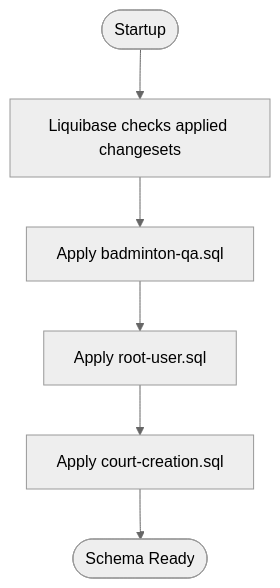
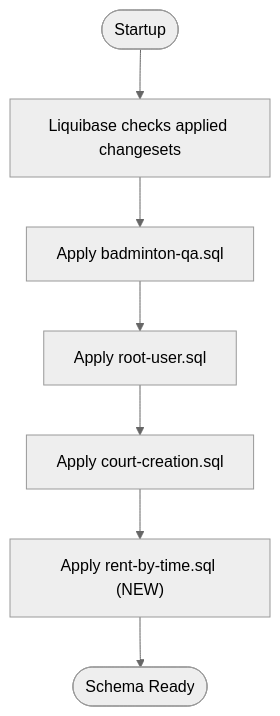
One commit to Vissel/badminton-court-management changed the third of 12 diagrams in .qoder/repowiki/en/content/Data Management & Persistence.md. Above: the diagram before and after it, drawn with Mermaid (neutral theme). The commit also changed other lines of this file and 11 other files, not shown here.

````diff
--- a/.qoder/repowiki/en/content/Data Management & Persistence.md
+++ b/.qoder/repowiki/en/content/Data Management & Persistence.md
@@ -301,8 +389,9 @@
 ```mermaid
 flowchart TD
 Start(["Startup"]) --> CheckLb["Liquibase checks applied changesets"]
 CheckLb --> ApplyQA["Apply badminton-qa.sql"]
 ApplyQA --> ApplyRoot["Apply root-user.sql"]
 ApplyRoot --> ApplyCourts["Apply court-creation.sql"]
-ApplyCourts --> Done(["Schema Ready"])
+ApplyCourts --> ApplyRent["Apply rent-by-time.sql (NEW)"]
+ApplyRent --> Done(["Schema Ready"])
 ```
````
